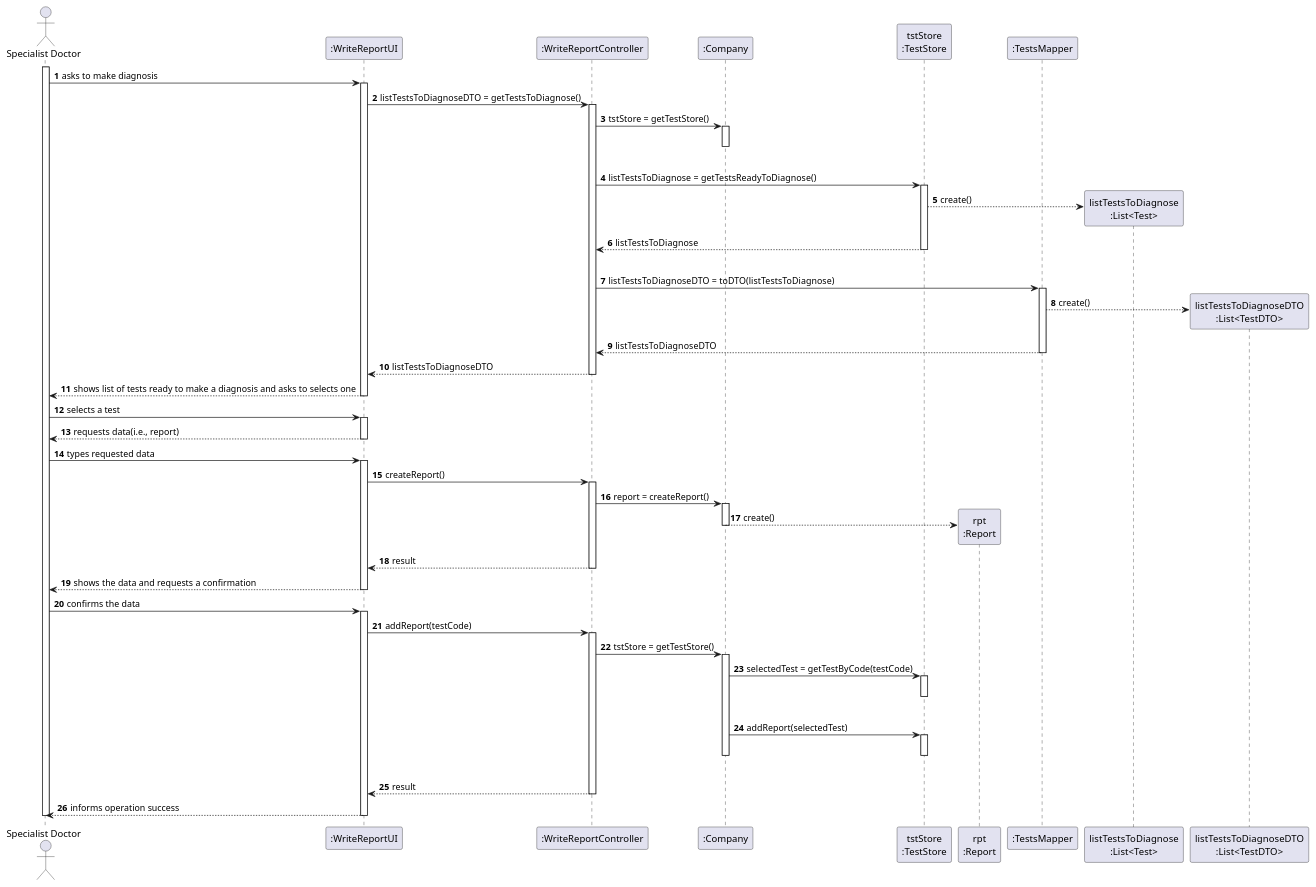
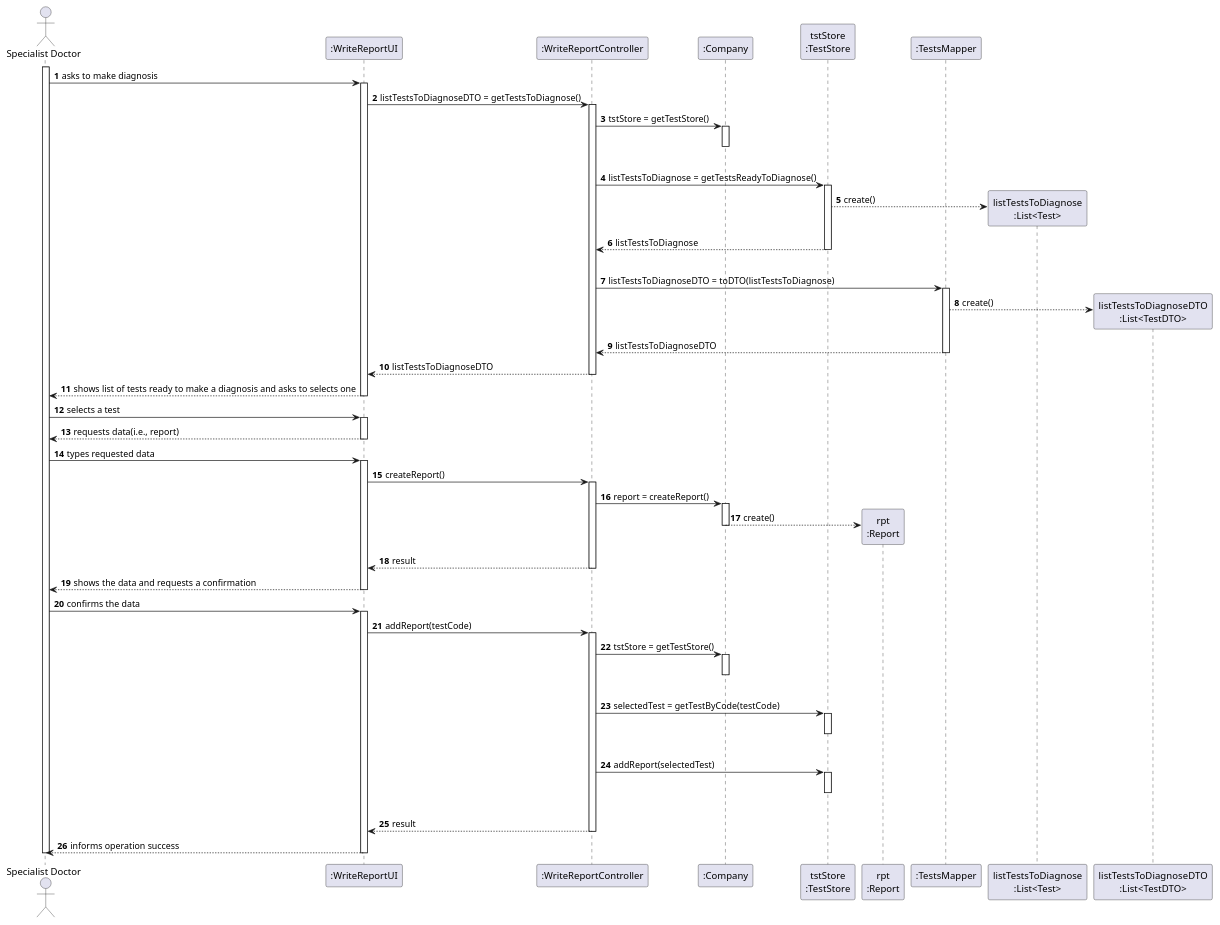
The diagram in docs/SprintC/US_14/US14_SD.puml (ana-albergaria/LAPR2-ISEP), drawn with PlantUML before and after one commit. The commit also changed 3 other files, not shown here.

```diff
--- a/docs/SprintC/US_14/US14_SD.puml
+++ b/docs/SprintC/US_14/US14_SD.puml
@@ -1,104 +1,104 @@
 @startuml
 autonumber
 actor "Specialist Doctor" as SPDT
 
 participant ":WriteReportUI" as UI
 participant ":WriteReportController" as CTRL
 participant ":Company" as CMP
 participant "tstStore\n:TestStore" as TSTSTORE
 participant "rpt\n:Report" as RPT
 participant ":TestsMapper" as TSTMAPPER
 'participant "objDTO\n:TestsDTO" as OBJ_DTO
 'participant "tst\n:Test" as TST
 participant "listTestsToDiagnose\n:List<Test>" as LT
 participant "listTestsToDiagnoseDTO\n:List<TestDTO>" as LIST_DTO
 
 activate SPDT
 SPDT -> UI : asks to make diagnosis
 activate UI
 UI -> CTRL : listTestsToDiagnoseDTO = getTestsToDiagnose()
 activate CTRL
 
 CTRL -> CMP : tstStore = getTestStore()
 activate CMP
 |||
 deactivate CMP
 
 CTRL -> TSTSTORE : listTestsToDiagnose = getTestsReadyToDiagnose()
 activate TSTSTORE
 
 TSTSTORE --> LT** : create()
 TSTSTORE --> CTRL : listTestsToDiagnose
 deactivate TSTSTORE
 |||
 
 CTRL -> TSTMAPPER : listTestsToDiagnoseDTO = toDTO(listTestsToDiagnose)
 activate TSTMAPPER
 
 TSTMAPPER --> LIST_DTO** : create()
 
 TSTMAPPER --> CTRL : listTestsToDiagnoseDTO
 deactivate TSTMAPPER
 
 CTRL --> UI : listTestsToDiagnoseDTO
 deactivate CTRL
 
 UI --> SPDT : shows list of tests ready to make a diagnosis and asks to selects one
 deactivate UI
 
 'spdt writes the test code in the UI
 'it uses the test code when adding the report
 
 SPDT -> UI : selects a test
 activate UI
 
 UI --> SPDT : requests data(i.e., report)
 deactivate UI
 
 SPDT -> UI : types requested data
 activate UI
 
 UI -> CTRL : createReport()
 activate CTRL
 
 CTRL -> CMP : report = createReport()
 activate CMP
 
 CMP --> RPT** : create()
 deactivate CMP
 
 CTRL --> UI : result
 deactivate CTRL
 UI --> SPDT : shows the data and requests a confirmation
 deactivate UI
 
 SPDT -> UI : confirms the data
 activate UI
 
 UI -> CTRL : addReport(testCode)
 activate CTRL
 
 CTRL -> CMP : tstStore = getTestStore()
 activate CMP
+|||
+deactivate CMP
 
-CMP -> TSTSTORE : selectedTest = getTestByCode(testCode)
+CTRL -> TSTSTORE : selectedTest = getTestByCode(testCode)
 activate TSTSTORE
 |||
 deactivate TSTSTORE
 
-CMP -> TSTSTORE : addReport(selectedTest)
+CTRL -> TSTSTORE : addReport(selectedTest)
 activate TSTSTORE
 |||
 deactivate TSTSTORE
-
-deactivate CMP
 
 CTRL --> UI : result
 deactivate CMP
 deactivate CTRL
 
 UI --> SPDT : informs operation success
 deactivate UI
 deactivate SPDT
 
 @enduml
```
